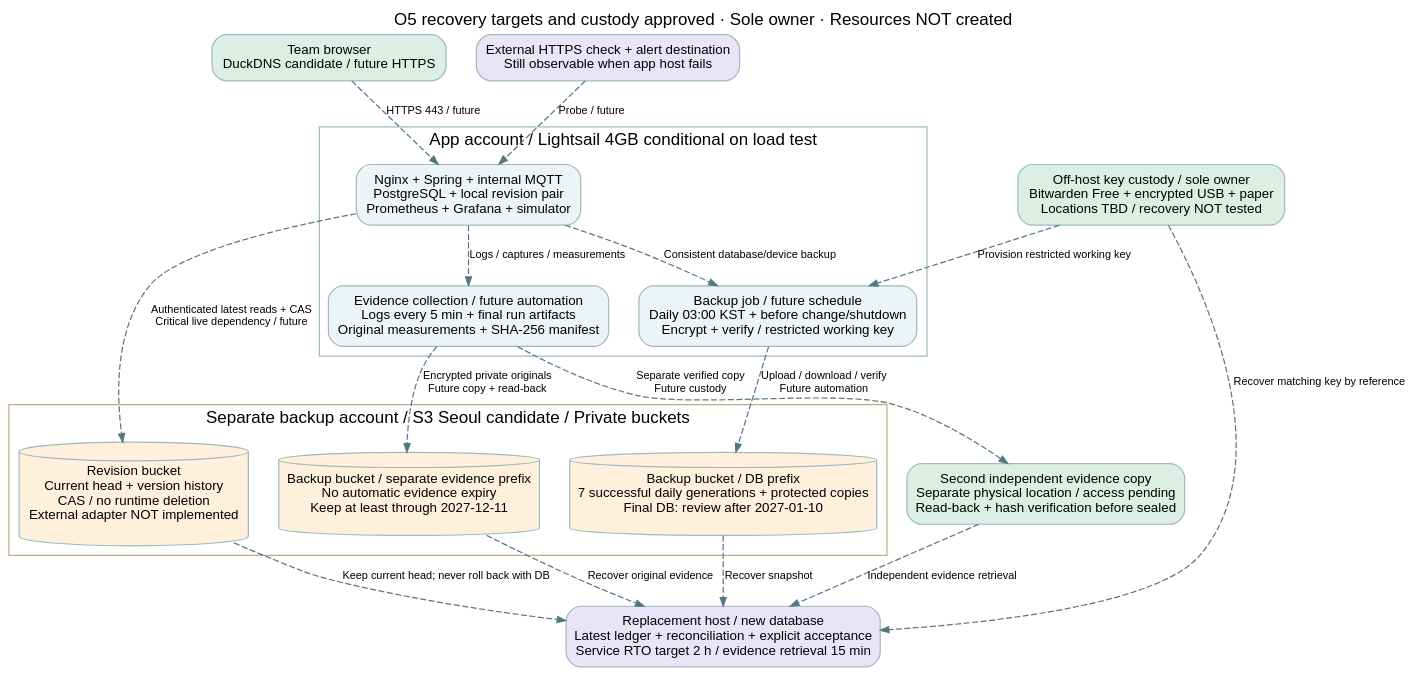
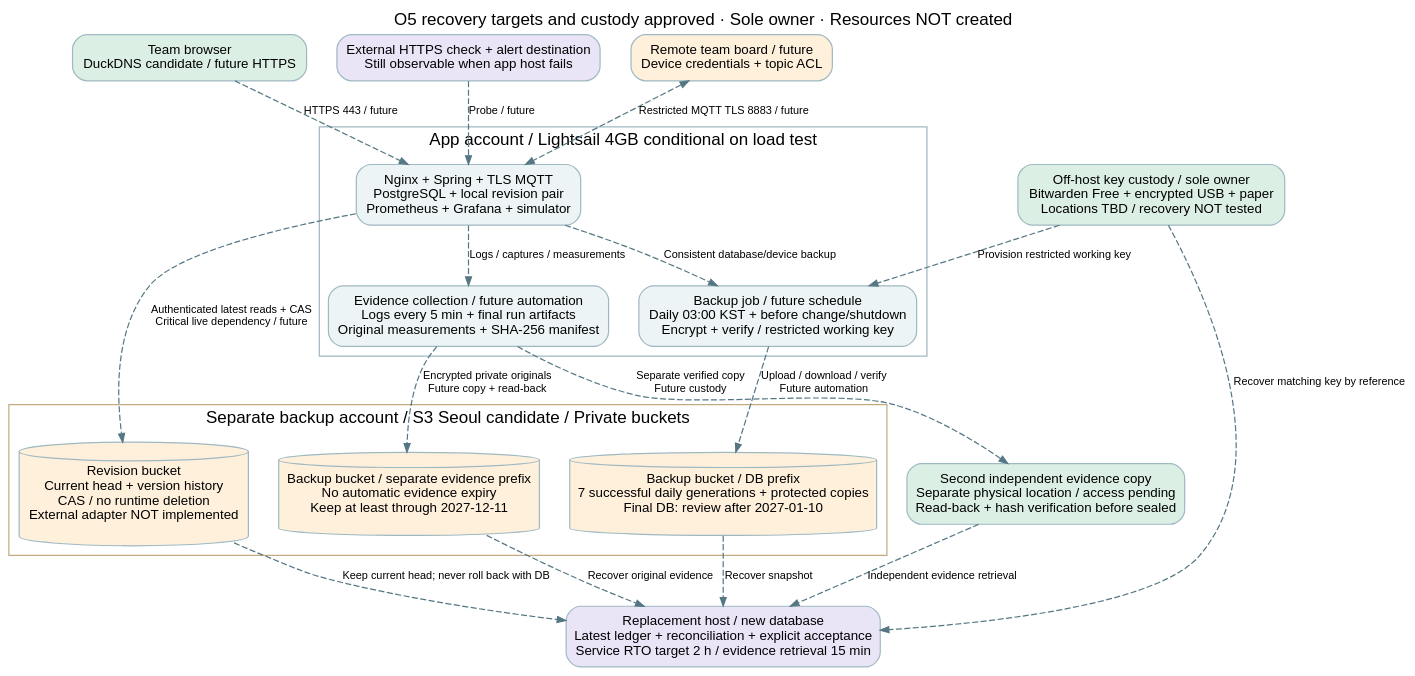
The diagram in docs/diagrams/11-deployment-readiness.dot (yh4752/illegal-parking-detection), drawn with Graphviz before and after one commit. The commit also changed 99 other files, not shown here.

```diff
--- a/docs/diagrams/11-deployment-readiness.dot
+++ b/docs/diagrams/11-deployment-readiness.dot
@@ -1,36 +1,38 @@
 digraph Readiness {
   graph [rankdir=TB, bgcolor="transparent", pad="0.25", nodesep="0.35", ranksep="0.55", fontname="Arial", label="O5 recovery targets and custody approved · Sole owner · Resources NOT created", labelloc=t];
   node [shape=box, style="rounded,filled", fillcolor="#EDF4F5", color="#9FB9C2", fontname="Arial", fontsize=11, margin="0.13,0.1"];
   edge [fontname="Arial", fontsize=9, color="#557783", arrowsize=0.7, style=dashed];
   team [label="Team browser\nDuckDNS candidate / future HTTPS", fillcolor="#DCEFE5"];
   subgraph cluster_app {
     label="App account / Lightsail 4GB conditional on load test"; color="#9FB9C2";
-    app [label="Nginx + Spring + internal MQTT\nPostgreSQL + local revision pair\nPrometheus + Grafana + simulator"];
+    app [label="Nginx + Spring + TLS MQTT\nPostgreSQL + local revision pair\nPrometheus + Grafana + simulator"];
     job [label="Backup job / future schedule\nDaily 03:00 KST + before change/shutdown\nEncrypt + verify / restricted working key"];
     capture [label="Evidence collection / future automation\nLogs every 5 min + final run artifacts\nOriginal measurements + SHA-256 manifest"];
     app -> job [label="Consistent database/device backup"];
     app -> capture [label="Logs / captures / measurements"];
   }
   subgraph cluster_store {
     label="Separate backup account / S3 Seoul candidate / Private buckets"; color="#C3AB81";
     ledger [shape=cylinder, fillcolor="#FFF0DC", label="Revision bucket\nCurrent head + version history\nCAS / no runtime deletion\nExternal adapter NOT implemented"];
     archive [shape=cylinder, fillcolor="#FFF0DC", label="Backup bucket / DB prefix\n7 successful daily generations + protected copies\nFinal DB: review after 2027-01-10"];
     evidence [shape=cylinder, fillcolor="#FFF0DC", label="Backup bucket / separate evidence prefix\nNo automatic evidence expiry\nKeep at least through 2027-12-11"];
   }
   vault [label="Off-host key custody / sole owner\nBitwarden Free + encrypted USB + paper\nLocations TBD / recovery NOT tested", fillcolor="#DCEFE5"];
   offline [label="Second independent evidence copy\nSeparate physical location / access pending\nRead-back + hash verification before sealed", fillcolor="#DCEFE5"];
   restore [label="Replacement host / new database\nLatest ledger + reconciliation + explicit acceptance\nService RTO target 2 h / evidence retrieval 15 min", fillcolor="#EAE4F7"];
   monitor [label="External HTTPS check + alert destination\nStill observable when app host fails", fillcolor="#EAE4F7"];
   team -> app [label="HTTPS 443 / future"];
+  board [label="Remote team board / future\nDevice credentials + topic ACL", fillcolor="#FFF0DC"];
+  board -> app [label="Restricted MQTT TLS 8883 / future",dir=both];
   app -> ledger [label="Authenticated latest reads + CAS\nCritical live dependency / future"];
   job -> archive [label="Upload / download / verify\nFuture automation"];
   capture -> evidence [label="Encrypted private originals\nFuture copy + read-back"];
   capture -> offline [label="Separate verified copy\nFuture custody"];
   vault -> job [label="Provision restricted working key"];
   archive -> restore [label="Recover snapshot"];
   evidence -> restore [label="Recover original evidence"];
   offline -> restore [label="Independent evidence retrieval"];
   ledger -> restore [label="Keep current head; never roll back with DB"];
   vault -> restore [label="Recover matching key by reference"];
   monitor -> app [label="Probe / future"];
 }
```
